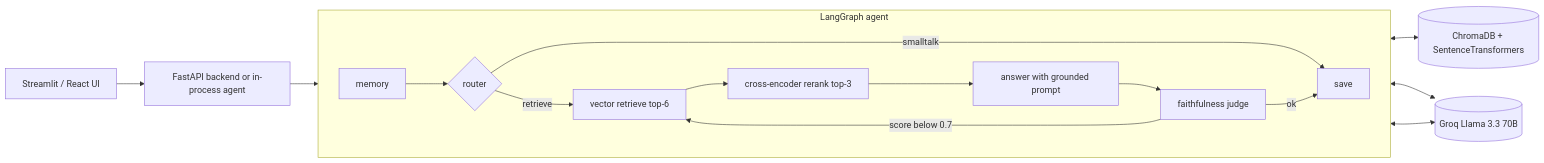
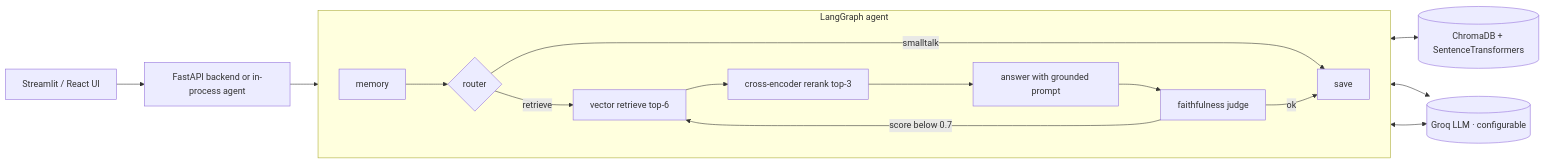
The diagram in README.md (Ishita-195/PaperPilot), drawn with Mermaid before and after one commit. The commit also changed other lines of this file and 7 other files, not shown here.

````diff
--- a/README.md
+++ b/README.md
@@ -48,21 +48,21 @@
 ```mermaid
 flowchart LR
     U[Streamlit / React UI] --> API[FastAPI backend or in-process agent]
     API --> G
 
     subgraph G [LangGraph agent]
       direction LR
       M[memory] --> R{router}
       R -- smalltalk --> S[save]
       R -- retrieve --> RET[vector retrieve top-6]
       RET --> RR[cross-encoder rerank top-3]
       RR --> ANS[answer with grounded prompt]
       ANS --> EV[faithfulness judge]
       EV -- score below 0.7 --> RET
       EV -- ok --> S
     end
 
     RET <--> DB[(ChromaDB + SentenceTransformers)]
-    ANS <--> LLM[(Groq Llama 3.3 70B)]
+    ANS <--> LLM[(Groq LLM · configurable)]
     EV <--> LLM
 ```
````
